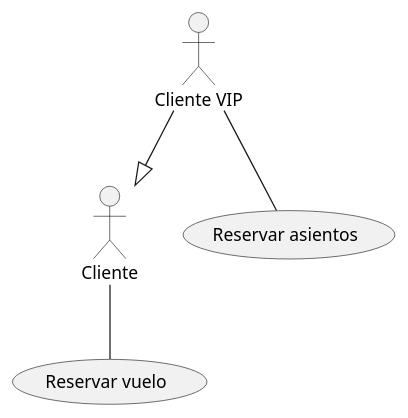
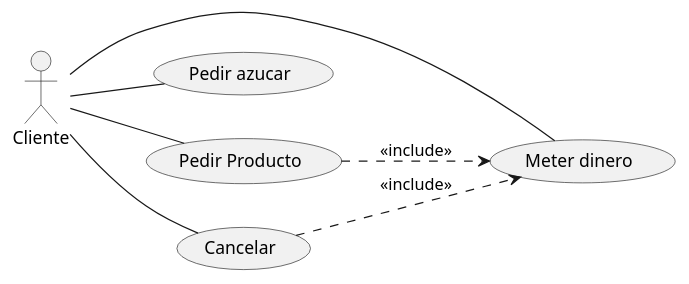
One commit to preguntitas/PlantUml changed the diagram in src/diagrama de casos.puml. Above: the diagram before and after it, drawn with PlantUML. The commit also changed 1 other file, not shown here.

Commit message:
Diagrama Máquina de café

```diff
--- a/src/diagrama de casos.puml
+++ b/src/diagrama de casos.puml
@@ -1,12 +1,17 @@
 @startuml
 ' DEFINICIONES
-actor Cliente as cliente
-actor :Cliente VIP: as vip
-(Reservar vuelo) as vuelo
-(Reservar asientos) as asiento
+:Cliente: as cliente
+(Meter dinero) as dinero
+(Pedir azucar) as azucar
+(Pedir Producto) as producto
+(Cancelar) as cancelar
 
 ' RELACIONES
-cliente -- vuelo
-vip -- asiento
-vip --|> cliente
+left to right direction
+cliente -- dinero
+cliente -- azucar
+cliente -- producto
+cliente -- cancelar
+producto ..> dinero : <<include>>
+cancelar ..> dinero : <<include>>
 @enduml
```
